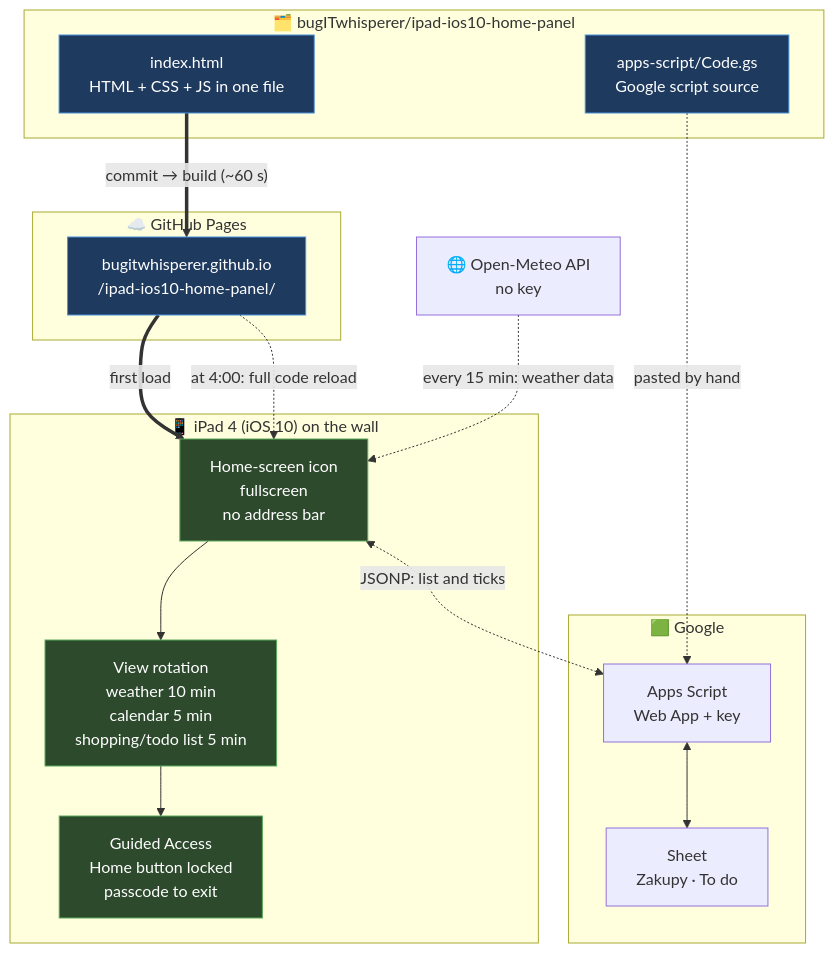
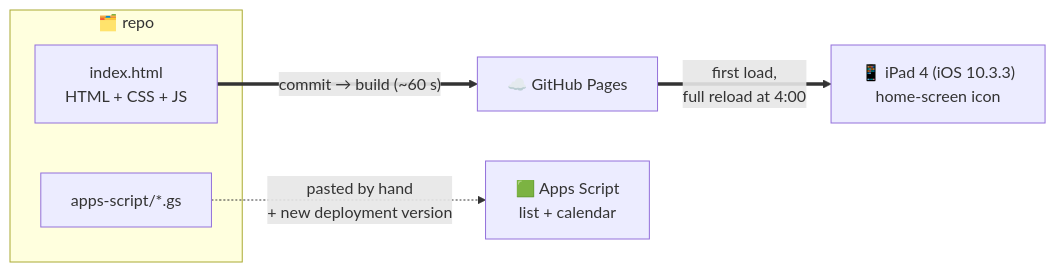
Before and after one commit to bugITwhisperer/ipad-ios10-home-panel: the second of 2 diagrams in README.en.md, drawn with Mermaid. The commit also changed other lines of this file and 19 other files, not shown here.

````diff
--- a/README.en.md
+++ b/README.en.md
@@ -183,38 +278,13 @@
 ```mermaid
-graph TD
-    subgraph REPO["🗂️ bugITwhisperer/ipad-ios10-home-panel"]
-        HTML["index.html<br/>HTML + CSS + JS in one file"]
-        GS["apps-script/Code.gs<br/>Google script source"]
+graph LR
+    subgraph REPO["🗂️ repo"]
+        HTML["index.html<br/>HTML + CSS + JS"]
+        GS["apps-script/*.gs"]
     end
-
-    subgraph PAGES["☁️ GitHub Pages"]
-        SITE["bugitwhisperer.github.io<br/>/ipad-ios10-home-panel/"]
-    end
-
-    subgraph IPAD["📱 iPad 4 (iOS 10) on the wall"]
-        ICON["Home-screen icon<br/>fullscreen<br/>no address bar"]
-        ROT["View rotation<br/>weather 10 min<br/>calendar 5 min<br/>shopping/todo list 5 min"]
-        GUIDED["Guided Access<br/>Home button locked<br/>passcode to exit"]
-        ICON --> ROT --> GUIDED
-    end
-
-    API["🌐 Open-Meteo API<br/>no key"]
-
-    subgraph GOOGLE["🟩 Google"]
-        SCRIPT["Apps Script<br/>Web App + key"]
-        SHEET["Sheet<br/>Zakupy · To do"]
-        SCRIPT <--> SHEET
-    end
-
-    HTML == "commit → build (~60 s)" ==> SITE
-    SITE == "first load" ==> ICON
-    API -. "every 15 min: weather data" .-> ICON
-    SITE -. "at 4:00: full code reload" .-> ICON
-    ICON <-. "JSONP: list and ticks" .-> SCRIPT
-    GS -. "pasted by hand" .-> SCRIPT
-
-    classDef repo fill:#1e3a5f,stroke:#4a90d9,color:#fff
-    classDef dev fill:#2d4a2d,stroke:#5aaa5a,color:#fff
-    class HTML,SITE,GS repo
-    class ICON,ROT,GUIDED dev
+    PAGES["☁️ GitHub Pages"]
+    IPAD["📱 iPad 4 (iOS 10.3.3)<br/>home-screen icon"]
+    APPS["🟩 Apps Script<br/>list + calendar"]
+    HTML == "commit → build (~60 s)" ==> PAGES
+    PAGES == "first load,<br/>full reload at 4:00" ==> IPAD
+    GS -. "pasted by hand<br/>+ new deployment version" .-> APPS
 ```
````
